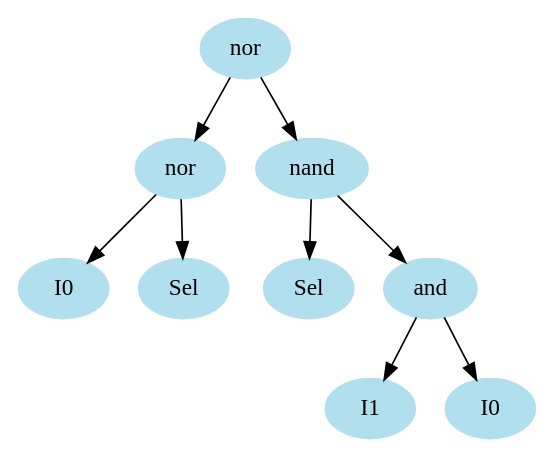
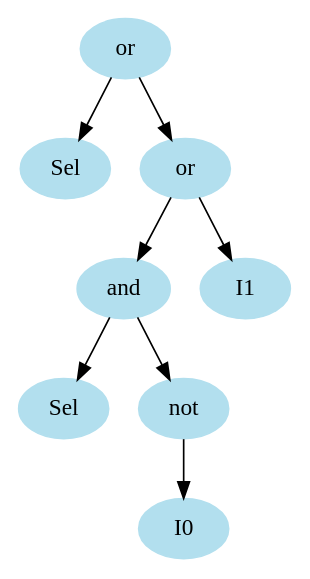
The diagram in temp/Final_AST.gv (king2b3/GP), drawn with Graphviz before and after one commit. The commit also changed 5 other files, not shown here.

```diff
--- a/temp/Final_AST.gv
+++ b/temp/Final_AST.gv
@@ -1,21 +1,19 @@
 digraph unix {
 	node [color=lightblue2 style=filled]
 	size="6,6"
-	gate_0 [label=nor]
-	gate_1 [label=nor]
-	ins_0 [label=I0]
+	gate_0 [label=or]
+	ins_0 [label=Sel]
+	gate_1 [label=or]
+	gate_2 [label=and]
 	ins_1 [label=Sel]
-	gate_2 [label=nand]
-	ins_2 [label=Sel]
-	gate_3 [label=and]
+	gate_3 [label=not]
+	ins_2 [label=I0]
 	ins_3 [label=I1]
-	ins_4 [label=I0]
+	gate_0 -> ins_0
 	gate_0 -> gate_1
-	gate_0 -> gate_2
-	gate_1 -> ins_0
-	gate_1 -> ins_1
-	gate_2 -> ins_2
+	gate_1 -> gate_2
+	gate_1 -> ins_3
+	gate_2 -> ins_1
 	gate_2 -> gate_3
-	gate_3 -> ins_3
-	gate_3 -> ins_4
+	gate_3 -> ins_2
 }
```
